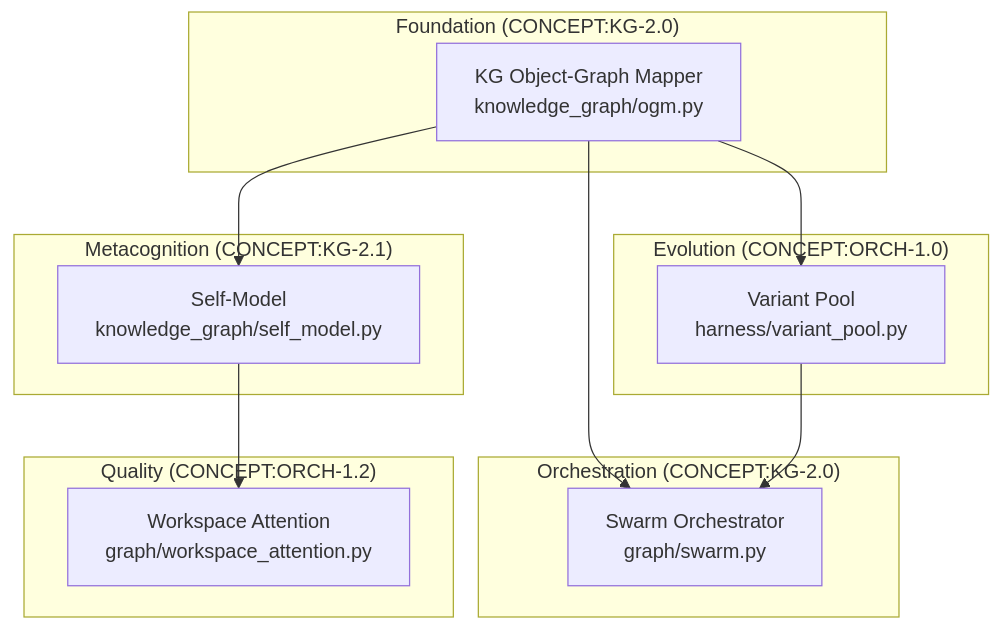
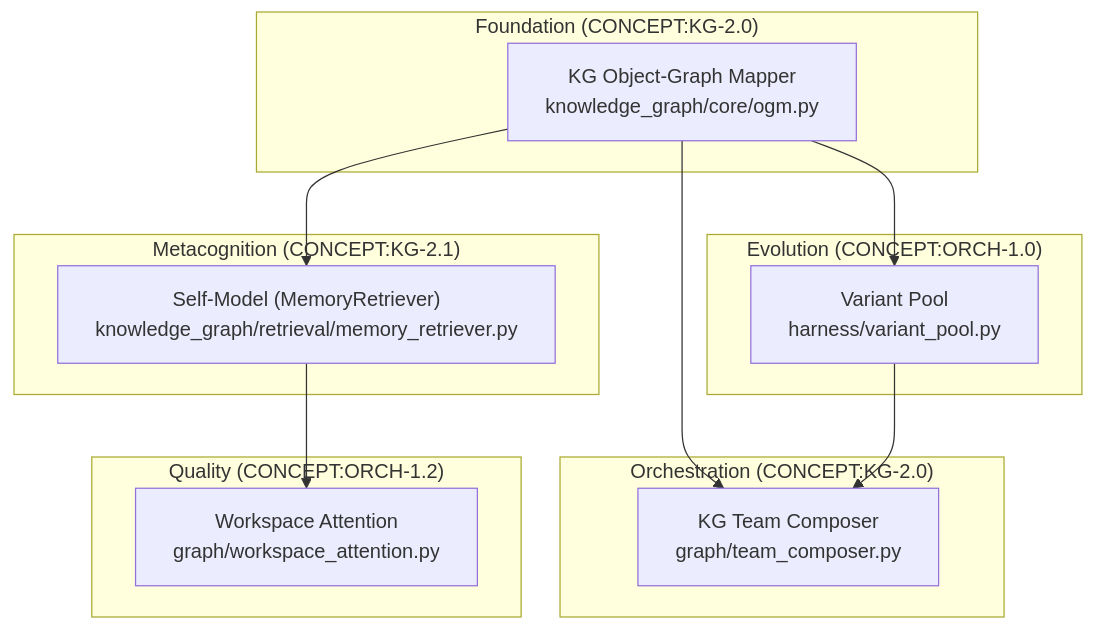
Before and after one commit to Knuckles-Team/agent-utilities: the diagram in docs/guides/emergent-architecture.md, drawn with Mermaid. The commit also changed other lines of this file and 556 other files, not shown here.

````diff
--- a/docs/guides/emergent-architecture.md
+++ b/docs/guides/emergent-architecture.md
@@ -18,28 +18,28 @@
 ```mermaid
 graph TD
     subgraph "Foundation (CONCEPT:KG-2.0)"
-        OGM["KG Object-Graph Mapper<br/>knowledge_graph/ogm.py"]
+        OGM["KG Object-Graph Mapper<br/>knowledge_graph/core/ogm.py"]
     end
 
     subgraph "Evolution (CONCEPT:ORCH-1.0)"
         VP["Variant Pool<br/>harness/variant_pool.py"]
     end
 
     subgraph "Metacognition (CONCEPT:KG-2.1)"
-        SM["Self-Model<br/>knowledge_graph/self_model.py"]
+        SM["Self-Model (MemoryRetriever)<br/>knowledge_graph/retrieval/memory_retriever.py"]
     end
 
     subgraph "Orchestration (CONCEPT:KG-2.0)"
-        SW["Swarm Orchestrator<br/>graph/swarm.py"]
+        SW["KG Team Composer<br/>graph/team_composer.py"]
     end
 
     subgraph "Quality (CONCEPT:ORCH-1.2)"
         GWT["Workspace Attention<br/>graph/workspace_attention.py"]
     end
 
     OGM --> VP
     OGM --> SM
     OGM --> SW
     SM --> GWT
     VP --> SW
 ```
````
